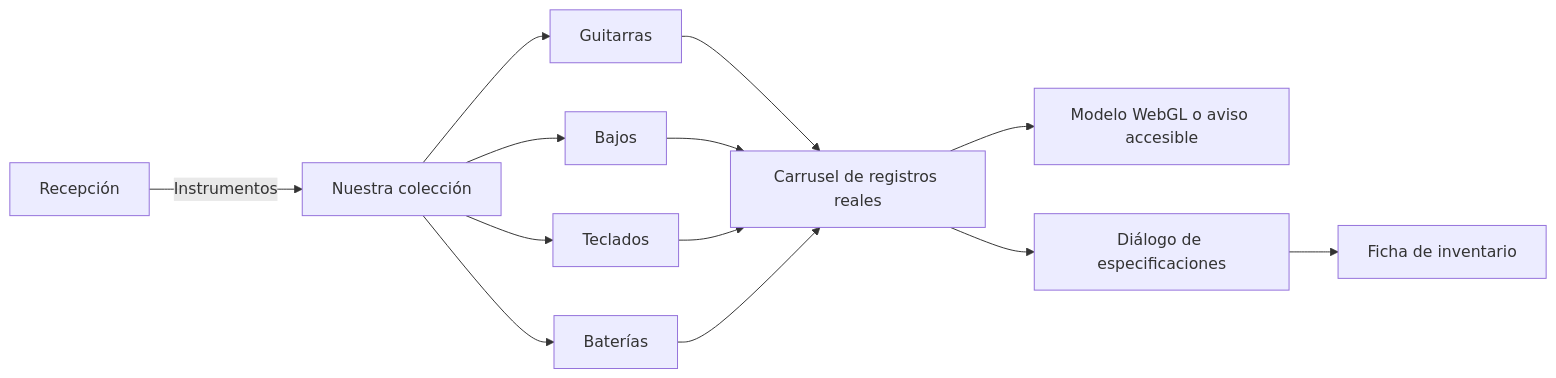
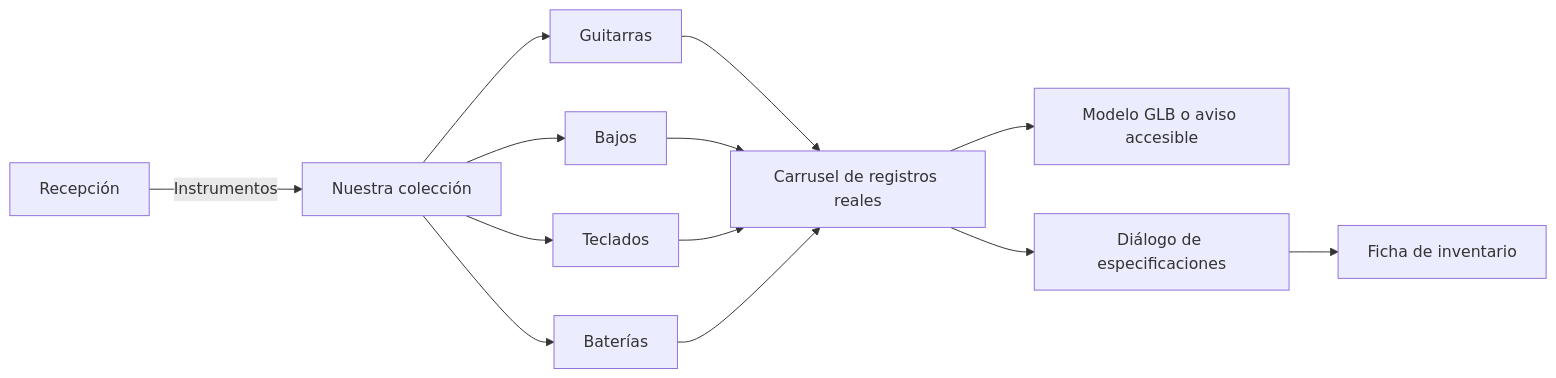
One commit to jorgehernanwb-spec/jorges-music-home changed the diagram in docs/04_casos_de_uso/galeria.md. Above: the diagram before and after it, drawn with Mermaid. The commit also changed other lines of this file and 28 other files, not shown here.

````diff
--- a/docs/04_casos_de_uso/galeria.md
+++ b/docs/04_casos_de_uso/galeria.md
@@ -21,15 +21,15 @@
 ```mermaid
 flowchart LR
     recepcion["Recepción"] -->|Instrumentos| coleccion["Nuestra colección"]
     coleccion --> guitarras["Guitarras"]
     coleccion --> bajos["Bajos"]
     coleccion --> teclados["Teclados"]
     coleccion --> baterias["Baterías"]
     guitarras --> carrusel["Carrusel de registros reales"]
     bajos --> carrusel
     teclados --> carrusel
     baterias --> carrusel
-    carrusel --> visor["Modelo WebGL o aviso accesible"]
+    carrusel --> visor["Modelo GLB o aviso accesible"]
     carrusel --> especificaciones["Diálogo de especificaciones"]
     especificaciones --> detalle["Ficha de inventario"]
 ```
````
